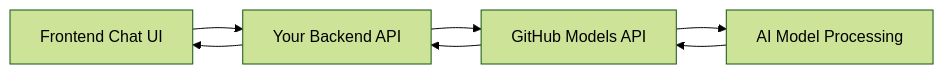
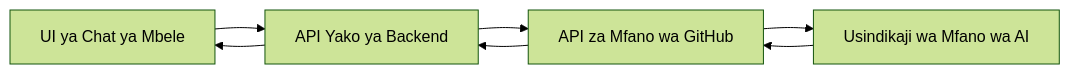
The fourth of 14 diagrams in translations/sw/9-chat-project/README.md (microsoft/Web-Dev-For-Beginners), drawn with Mermaid (forest theme) before and after one commit. The commit also changed other lines of this file and 99 other files, not shown here.

````diff
--- a/translations/sw/9-chat-project/README.md
+++ b/translations/sw/9-chat-project/README.md
@@ -69,9 +129,9 @@
 ```mermaid
 graph LR
-    A[Frontend Chat UI] --> B[Your Backend API]
-    B --> C[GitHub Models API]
-    C --> D[AI Model Processing]
+    A[UI ya Chat ya Mbele] --> B[API Yako ya Backend]
+    B --> C[API za Mfano wa GitHub]
+    C --> D[Usindikaji wa Mfano wa AI]
     D --> C
     C --> B
     B --> A
 ```
````
